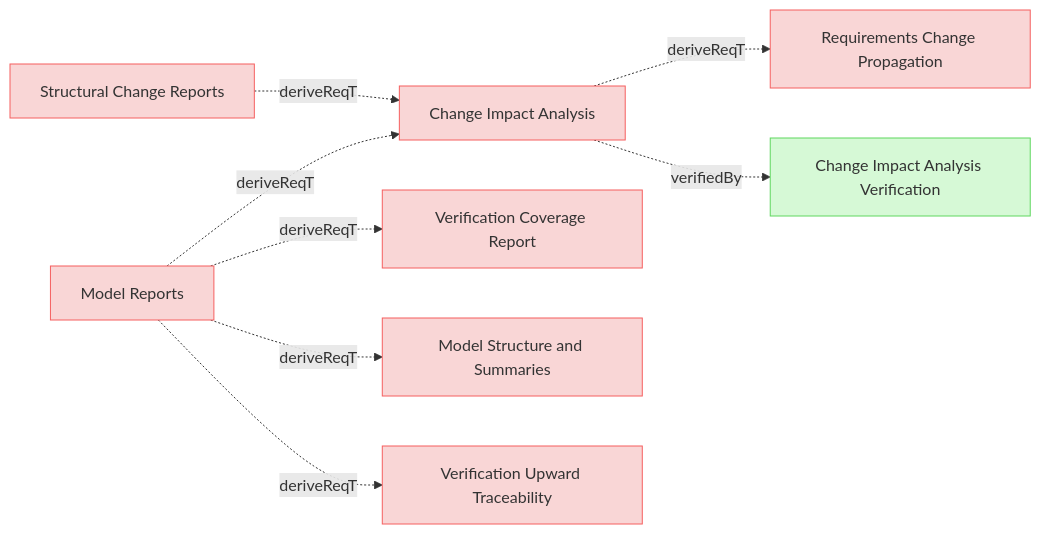
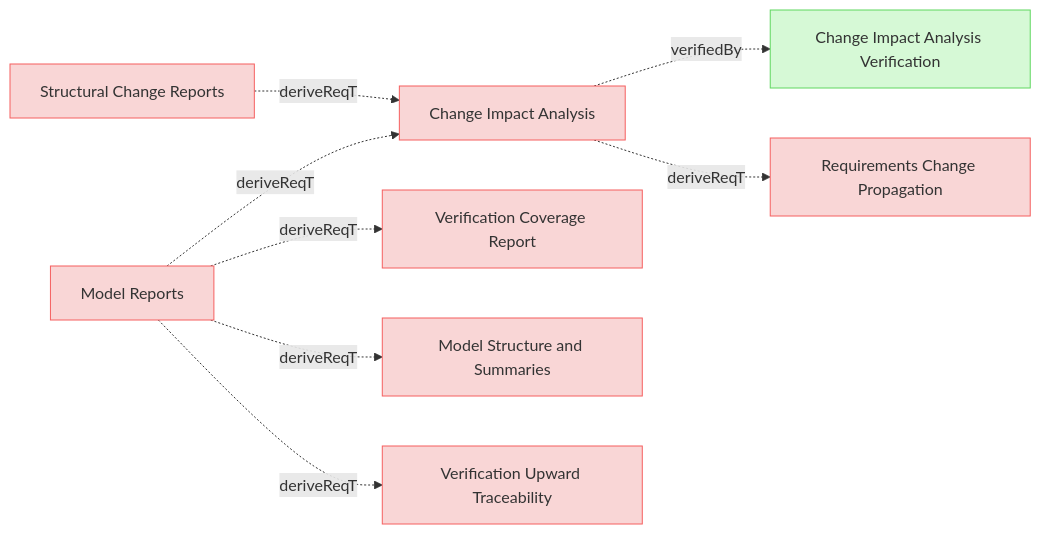
Before and after one commit to reqvire-org/reqvire: the eighth of 9 diagrams in specifications/UserRequirements.md, drawn with Mermaid. The commit also changed other lines of this file and 20 other files, not shown here.

````diff
--- a/specifications/UserRequirements.md
+++ b/specifications/UserRequirements.md
@@ -1074,41 +1074,41 @@
 ```mermaid
 graph LR;
   %% REQVIRE-AUTOGENERATED-DIAGRAM
   %% Graph styling
   classDef userRequirement fill:#f9d6d6,stroke:#f55f5f,stroke-width:1px;
   classDef systemRequirement fill:#fce4e4,stroke:#e68a8a,stroke-width:1px;
   classDef verification fill:#d6f9d6,stroke:#5fd75f,stroke-width:1px;
   classDef default fill:#f5f5f5,stroke:#333333,stroke-width:1px;
 
   9933cac5853a8584["Change Impact Analysis"];
   class 9933cac5853a8584 userRequirement;
   click 9933cac5853a8584 "UserRequirements.md#change-impact-analysis";
+  b72d56e7e360fe6c["Change Impact Analysis Verification"];
+  class b72d56e7e360fe6c verification;
+  click b72d56e7e360fe6c "Verifications/ChangeImpactTests.md#change-impact-analysis-verification";
+  9933cac5853a8584 -.->|verifiedBy| b72d56e7e360fe6c;
   2054606d7574a553["Requirements Change Propagation"];
   class 2054606d7574a553 userRequirement;
   click 2054606d7574a553 "SpecificationsRequirements.md#requirements-change-propagation";
   9933cac5853a8584 -.->|deriveReqT| 2054606d7574a553;
-  b72d56e7e360fe6c["Change Impact Analysis Verification"];
-  class b72d56e7e360fe6c verification;
-  click b72d56e7e360fe6c "Verifications/ChangeImpactTests.md#change-impact-analysis-verification";
-  9933cac5853a8584 -.->|verifiedBy| b72d56e7e360fe6c;
-  1908501a80db5c46["Structural Change Reports"];
-  class 1908501a80db5c46 userRequirement;
-  click 1908501a80db5c46 "UserRequirements.md#structural-change-reports";
-  1908501a80db5c46 -.->|deriveReqT| 9933cac5853a8584;
   70701096d332c0b2["Model Reports"];
   class 70701096d332c0b2 userRequirement;
   click 70701096d332c0b2 "UserRequirements.md#model-reports";
-  70701096d332c0b2 -.->|deriveReqT| 9933cac5853a8584;
   f7a606aa79ba438["Verification Coverage Report"];
   class f7a606aa79ba438 userRequirement;
   click f7a606aa79ba438 "UserRequirements.md#verification-coverage-report";
   70701096d332c0b2 -.->|deriveReqT| f7a606aa79ba438;
   ad6f7a2d41d80a38["Model Structure and Summaries"];
   class ad6f7a2d41d80a38 userRequirement;
   click ad6f7a2d41d80a38 "UserRequirements.md#model-structure-and-summaries";
   70701096d332c0b2 -.->|deriveReqT| ad6f7a2d41d80a38;
+  70701096d332c0b2 -.->|deriveReqT| 9933cac5853a8584;
   7ceb6b9bed1a94e1["Verification Upward Traceability"];
   class 7ceb6b9bed1a94e1 userRequirement;
   click 7ceb6b9bed1a94e1 "UserRequirements.md#verification-upward-traceability";
   70701096d332c0b2 -.->|deriveReqT| 7ceb6b9bed1a94e1;
+  1908501a80db5c46["Structural Change Reports"];
+  class 1908501a80db5c46 userRequirement;
+  click 1908501a80db5c46 "UserRequirements.md#structural-change-reports";
+  1908501a80db5c46 -.->|deriveReqT| 9933cac5853a8584;
 ```
````
